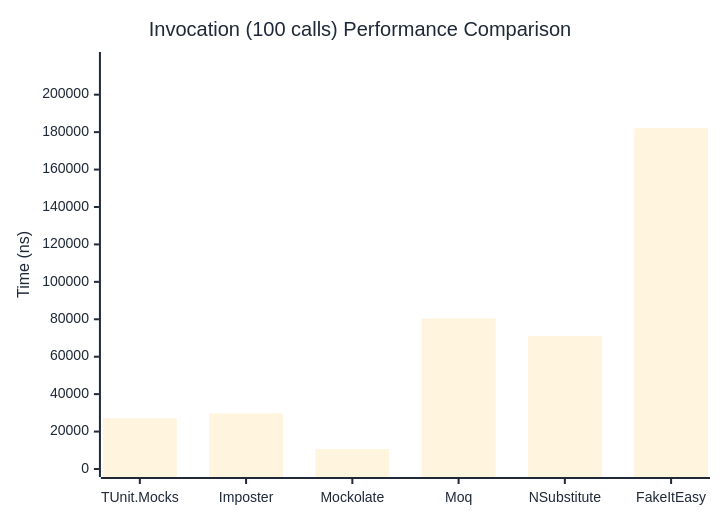
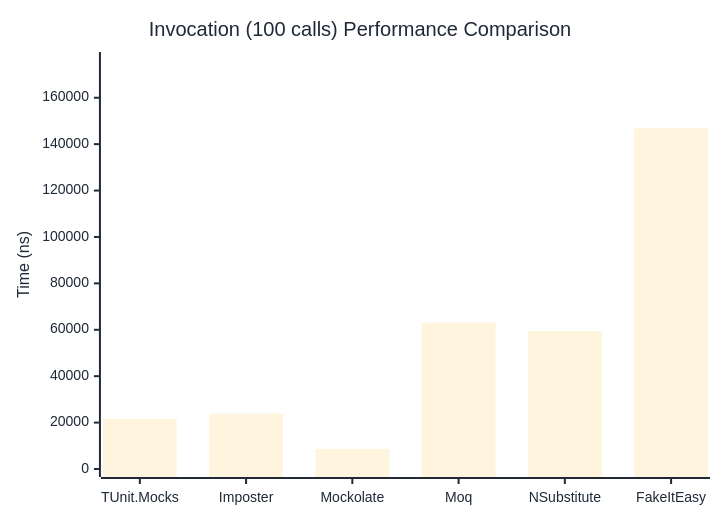
The third of 3 diagrams in docs/docs/benchmarks/mocks/Invocation.md (thomhurst/TUnit), drawn with Mermaid before and after one commit. The commit also changed other lines of this file and 14 other files, not shown here.

````diff
--- a/docs/docs/benchmarks/mocks/Invocation.md
+++ b/docs/docs/benchmarks/mocks/Invocation.md
@@ -112,27 +112,27 @@
 ```mermaid
 %%{init: {
   'theme':'base',
   'themeVariables': {
     'primaryColor': '#2563eb',
     'primaryTextColor': '#1f2937',
     'primaryBorderColor': '#1e40af',
     'lineColor': '#6b7280',
     'secondaryColor': '#7c3aed',
     'tertiaryColor': '#dc2626',
     'background': '#ffffff',
     'pie1': '#2563eb',
     'pie2': '#7c3aed',
     'pie3': '#dc2626',
     'pie4': '#f59e0b',
     'pie5': '#10b981',
     'pie6': '#06b6d4',
     'pie7': '#ec4899',
     'pie8': '#6366f1'
   }
 }}%%
 xychart-beta
   title "Invocation (100 calls) Performance Comparison"
   x-axis ["TUnit.Mocks", "Imposter", "Mockolate", "Moq", "NSubstitute", "FakeItEasy"]
-  y-axis "Time (ns)" 0 --> 218537
-  bar [27171.32, 29764.99, 10722.31, 80465.61, 71093.26, 182113.88]
+  y-axis "Time (ns)" 0 --> 176260
+  bar [21591.31, 23854.4, 8698.77, 63104.89, 59385.23, 146882.68]
 ```
````
